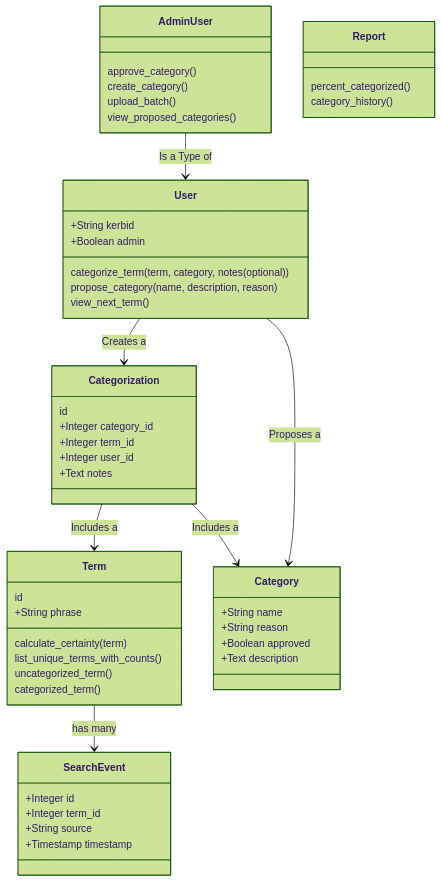
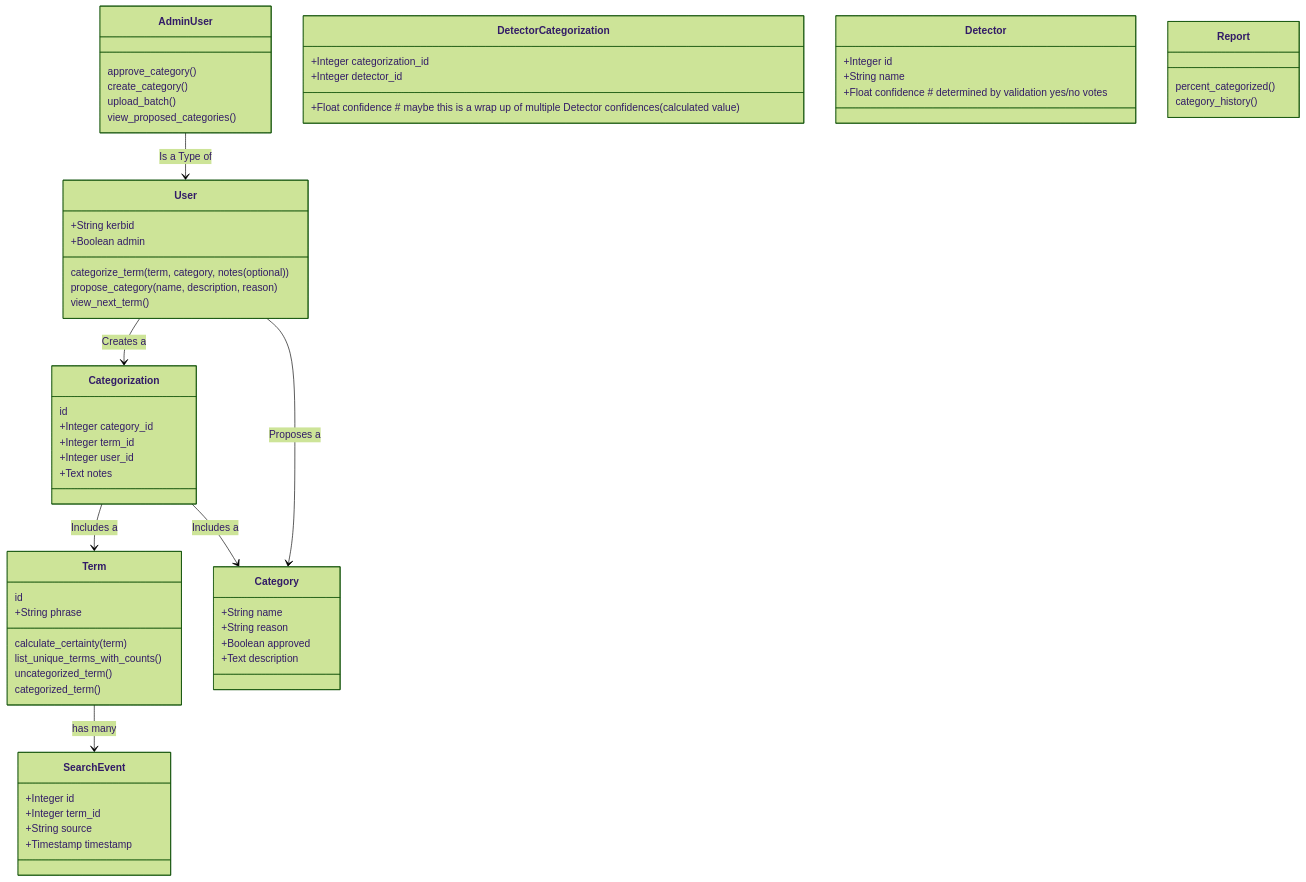
The diagram in docs/reference/classes.md (MITLibraries/tacos), drawn with Mermaid (forest theme) before and after one commit. The commit also changed 1 other file, not shown here.

Commit message:
tmp
best commit message evah

````diff
--- a/docs/reference/classes.md
+++ b/docs/reference/classes.md
@@ -1,56 +1,66 @@
 ```mermaid
 classDiagram
   direction TB
   
   AdminUser --> User : Is a Type of
   Term --> SearchEvent : has many
 
   User --> Categorization : Creates a
   User --> Category : Proposes a
   Categorization --> Term : Includes a
   Categorization --> Category : Includes a
 
   class Term
     Term: id
     Term: +String phrase
     Term: calculate_certainty(term)
     Term: list_unique_terms_with_counts()
     Term: uncategorized_term()
     Term: categorized_term()
 
   class SearchEvent
     SearchEvent: +Integer id
     SearchEvent: +Integer term_id
     SearchEvent: +String source
     SearchEvent: +Timestamp timestamp
 
   class User
     User: +String kerbid
     User: +Boolean admin
     User: categorize_term(term, category, notes (optional))
     User: propose_category(name, description, reason)
     User: view_next_term()
   
   class AdminUser
     AdminUser: approve_category()
     AdminUser: create_category()
     AdminUser: upload_batch()
     AdminUser: view_proposed_categories()
 
   class Category
     Category: +String name
     Category: +String reason
     Category: +Boolean approved
     Category: +Text description
 
   class Categorization
     Categorization: id
     Categorization: +Integer category_id
     Categorization: +Integer term_id
     Categorization: +Integer user_id
     Categorization: +Text notes
 
+  class DetectorCategorization
+    DetectorCategorization: +Integer categorization_id
+    DetectorCategorization: +Integer detector_id
+    DetectorCategorization: +Float confidence # maybe this is a wrap up of multiple Detector confidences (calculated value)
+
+  class Detector
+    Detector: +Integer id
+    Detector: +String name
+    Detector: +Float confidence # determined by validation yes/no votes
+
   class Report
     Report: percent_categorized()
     Report: category_history()
 ```
````
